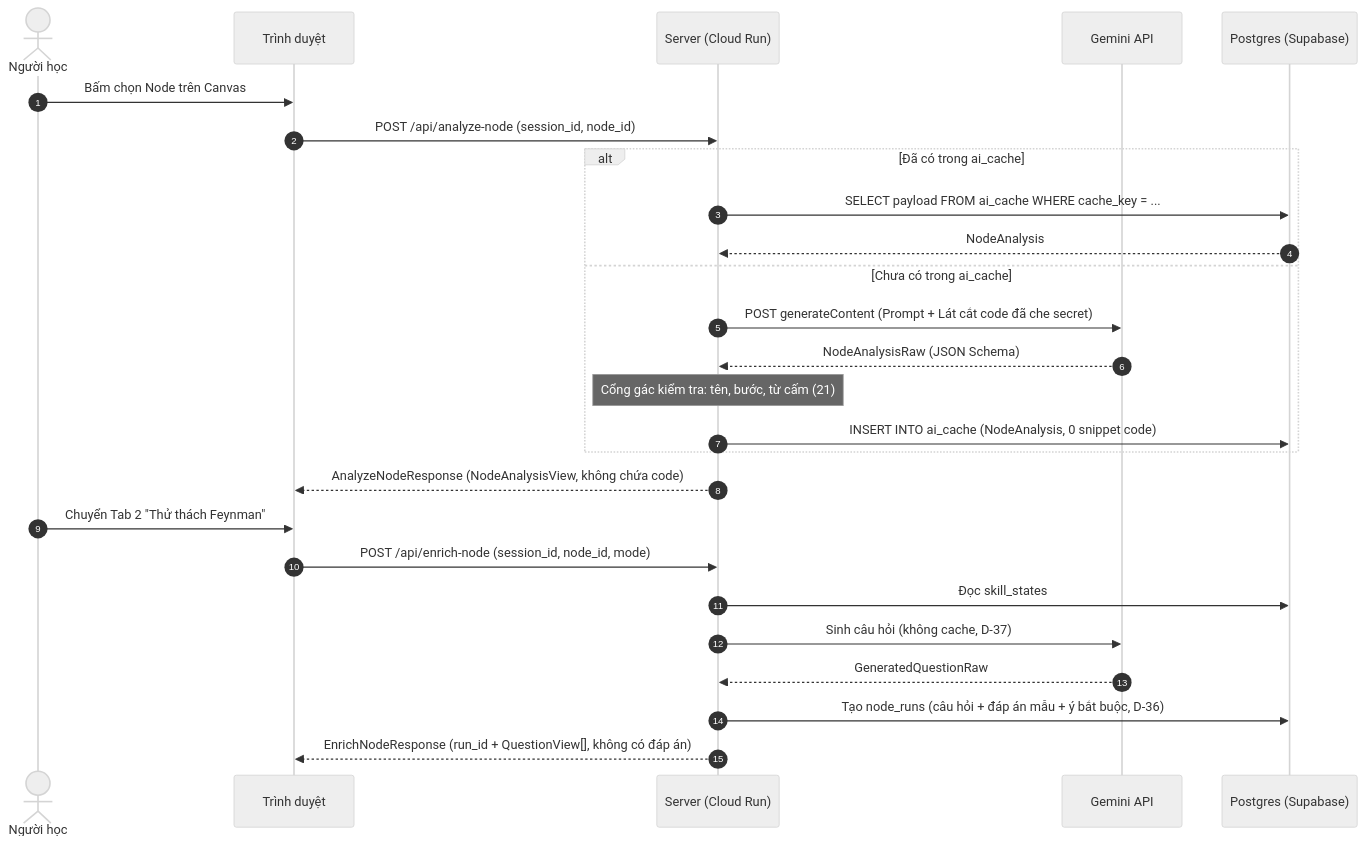
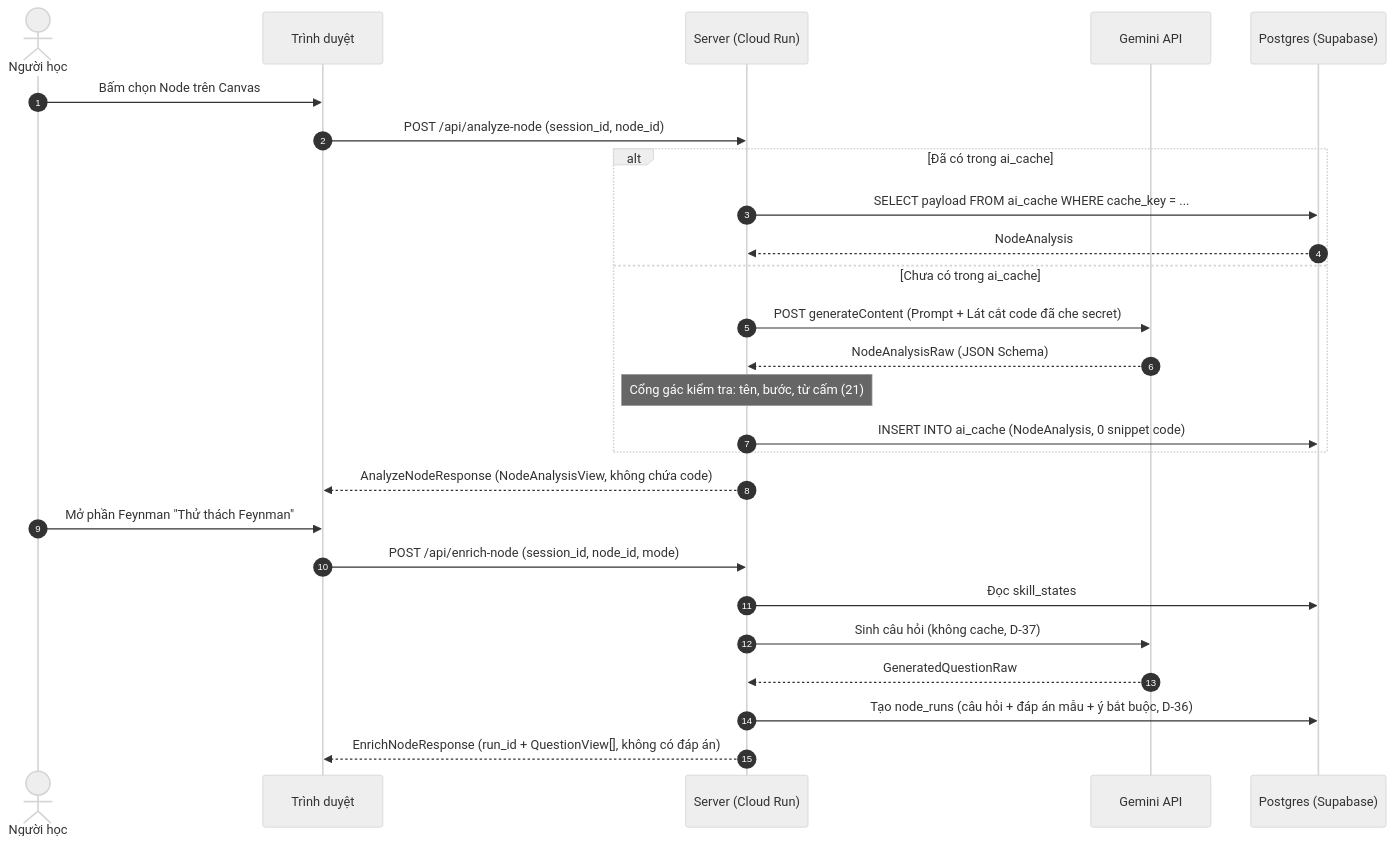
The fifth of 7 diagrams in spec/04_KIEN_TRUC_TRIEN_KHAI.md (huynhthanhnhannnh-pixel/Hackathon_SGU), drawn with Mermaid (neutral theme) before and after one commit. The commit also changed other lines of this file and 16 other files, not shown here.

````diff
--- a/spec/04_KIEN_TRUC_TRIEN_KHAI.md
+++ b/spec/04_KIEN_TRUC_TRIEN_KHAI.md
@@ -172,30 +172,30 @@
 ```mermaid
 sequenceDiagram
     autonumber
     actor U as Người học
     participant FE as Trình duyệt
     participant BE as Server (Cloud Run)
     participant AI as Gemini API
     participant DB as Postgres (Supabase)
 
     U->>FE: Bấm chọn Node trên Canvas
     FE->>BE: POST /api/analyze-node (session_id, node_id)
     alt Đã có trong ai_cache
         BE->>DB: SELECT payload FROM ai_cache WHERE cache_key = ...
         DB-->>BE: NodeAnalysis
     else Chưa có trong ai_cache
         BE->>AI: POST generateContent (Prompt + Lát cắt code đã che secret)
         AI-->>BE: NodeAnalysisRaw (JSON Schema)
         Note over BE: Cổng gác kiểm tra: tên, bước, từ cấm (21)
         BE->>DB: INSERT INTO ai_cache (NodeAnalysis, 0 snippet code)
     end
     BE-->>FE: AnalyzeNodeResponse (NodeAnalysisView, không chứa code)
 
-    U->>FE: Chuyển Tab 2 "Thử thách Feynman"
+    U->>FE: Mở phần Feynman "Thử thách Feynman"
     FE->>BE: POST /api/enrich-node (session_id, node_id, mode)
     BE->>DB: Đọc skill_states
     BE->>AI: Sinh câu hỏi (không cache, D-37)
     AI-->>BE: GeneratedQuestionRaw
     BE->>DB: Tạo node_runs (câu hỏi + đáp án mẫu + ý bắt buộc, D-36)
     BE-->>FE: EnrichNodeResponse (run_id + QuestionView[], không có đáp án)
 ```
````
